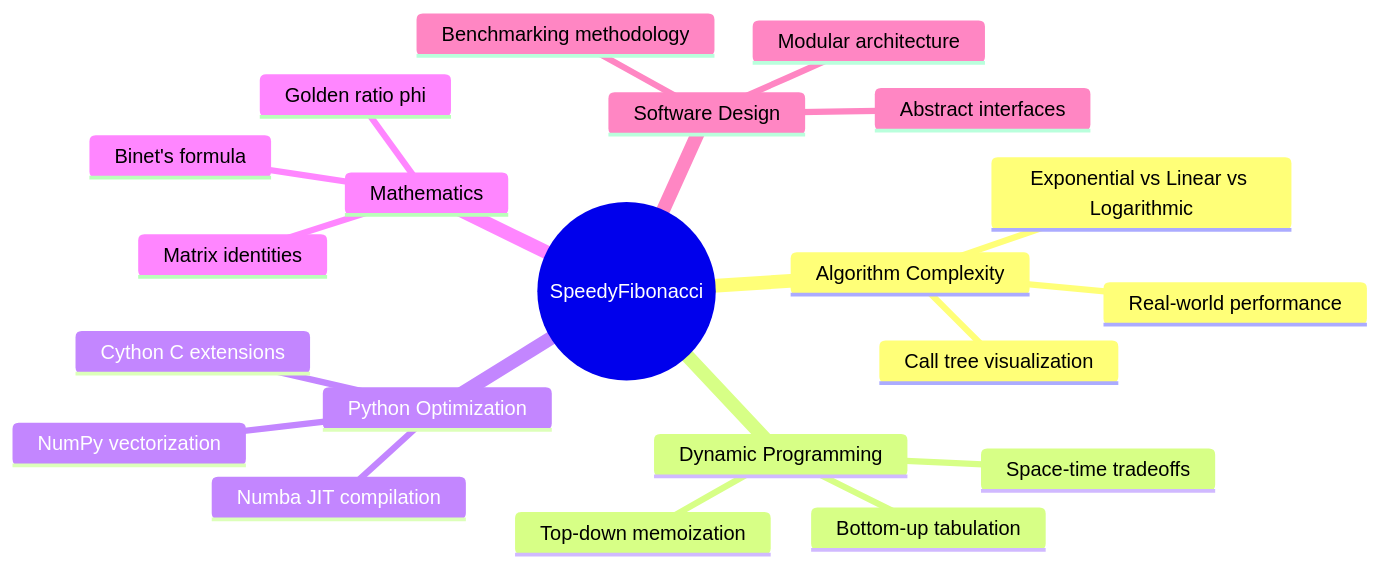
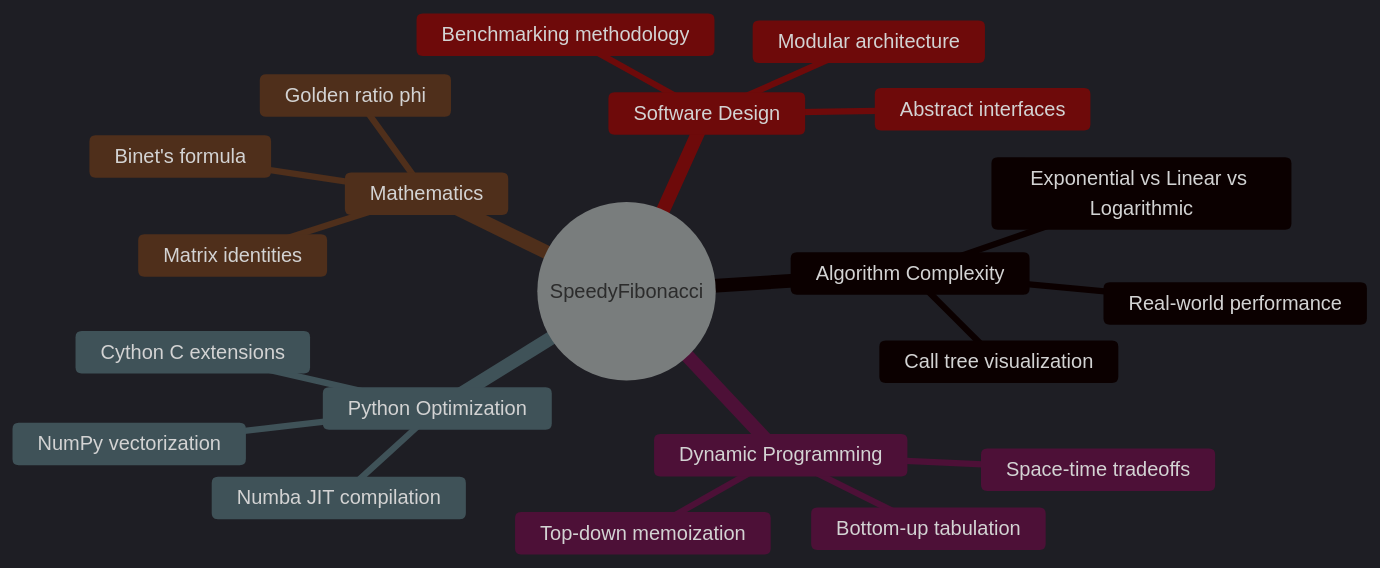
The third of 4 diagrams in README.md (Stiven-Gjekaj/SpeedyFibonacci), drawn with Mermaid before and after one commit. The commit also changed other lines of this file, not shown here.

````diff
--- a/README.md
+++ b/README.md
@@ -262,24 +264,25 @@
 ```mermaid
+%%{init: {'theme': 'dark', 'themeVariables': {'primaryColor': '#2d1b69', 'primaryTextColor': '#e6e8ef', 'primaryBorderColor': '#7c3aed', 'lineColor': '#7c3aed', 'secondBkgColor': '#111217', 'tertiaryColor': '#1a1a2e'}}}%%
 mindmap
   root((SpeedyFibonacci))
     Algorithm Complexity
       Exponential vs Linear vs Logarithmic
       Real-world performance
       Call tree visualization
     Dynamic Programming
       Top-down memoization
       Bottom-up tabulation
       Space-time tradeoffs
     Python Optimization
       NumPy vectorization
       Numba JIT compilation
       Cython C extensions
     Mathematics
       Golden ratio phi
       Matrix identities
       Binet's formula
     Software Design
       Abstract interfaces
       Modular architecture
       Benchmarking methodology
 ```
````
